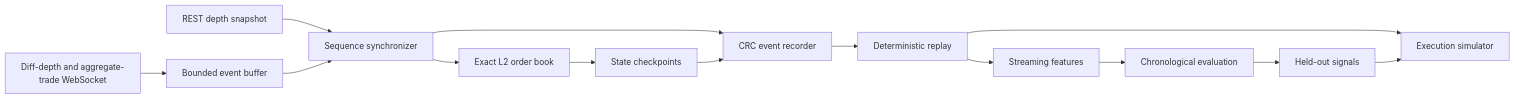
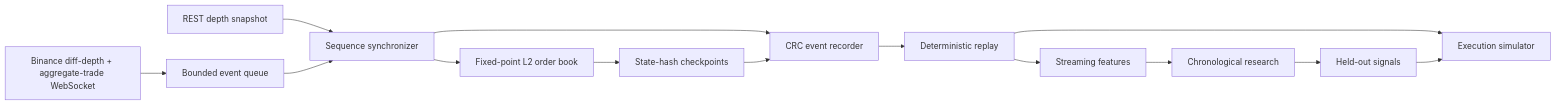
One commit to Muhammad-Ali-Farhan/market-systems-workstation changed the diagram in README.md. Above: the diagram before and after it, drawn with Mermaid. The commit also changed other lines of this file and 175 other files, not shown here.

````diff
--- a/README.md
+++ b/README.md
@@ -24,16 +24,16 @@
 ```mermaid
 flowchart LR
-    WS[Diff-depth and aggregate-trade WebSocket] --> BUFFER[Bounded event buffer]
+    WS[Binance diff-depth + aggregate-trade WebSocket] --> BUFFER[Bounded event queue]
     SNAPSHOT[REST depth snapshot] --> SYNC[Sequence synchronizer]
     BUFFER --> SYNC
-    SYNC --> BOOK[Exact L2 order book]
+    SYNC --> BOOK[Fixed-point L2 order book]
     SYNC --> RECORDER[CRC event recorder]
-    BOOK --> CHECKPOINTS[State checkpoints]
+    BOOK --> CHECKPOINTS[State-hash checkpoints]
     CHECKPOINTS --> RECORDER
     RECORDER --> REPLAY[Deterministic replay]
     REPLAY --> FEATURES[Streaming features]
-    FEATURES --> RESEARCH[Chronological evaluation]
+    FEATURES --> RESEARCH[Chronological research]
     REPLAY --> EXECUTION[Execution simulator]
     RESEARCH --> SIGNALS[Held-out signals]
     SIGNALS --> EXECUTION
 ```
````
